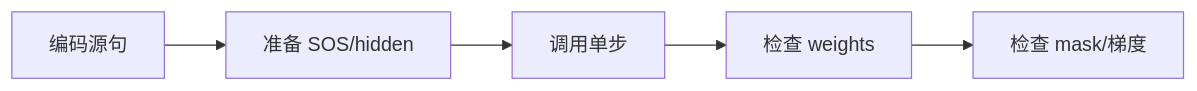
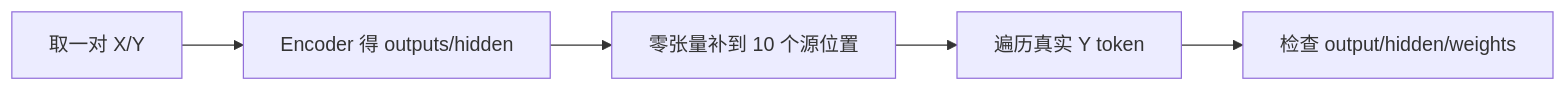
One commit to luyunix/nlp_study changed the first of 2 diagrams in notes/seq2seq-translation/17-test-attention-decoder.md. Above: the diagram before and after it, drawn with Mermaid. The commit also changed other lines of this file and 66 other files, not shown here.

````diff
--- a/notes/seq2seq-translation/17-test-attention-decoder.md
+++ b/notes/seq2seq-translation/17-test-attention-decoder.md
@@ -17,12 +17,12 @@
 ```mermaid
 flowchart LR
-    N0["编码源句"]
-    N1["准备 SOS/hidden"]
-    N2["调用单步"]
-    N3["检查 weights"]
-    N4["检查 mask/梯度"]
+    N0["取一对 X/Y"]
+    N1["Encoder 得 outputs/hidden"]
+    N2["零张量补到 10 个源位置"]
+    N3["遍历真实 Y token"]
+    N4["检查 output/hidden/weights"]
     N0 --> N1
     N1 --> N2
     N2 --> N3
     N3 --> N4
 ```
````
